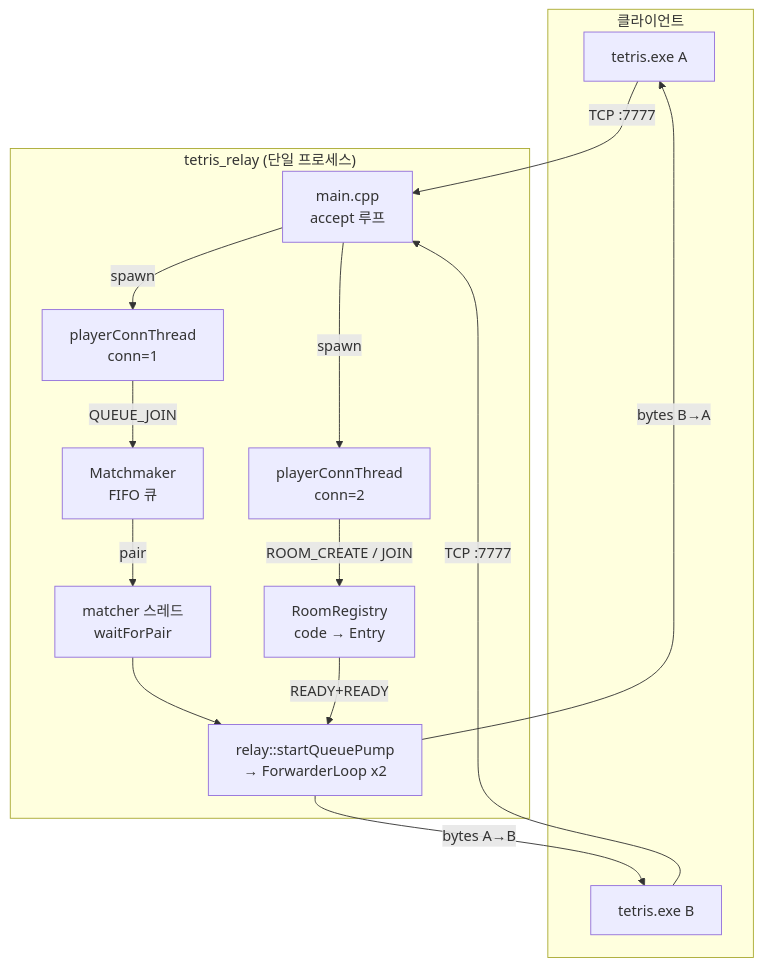
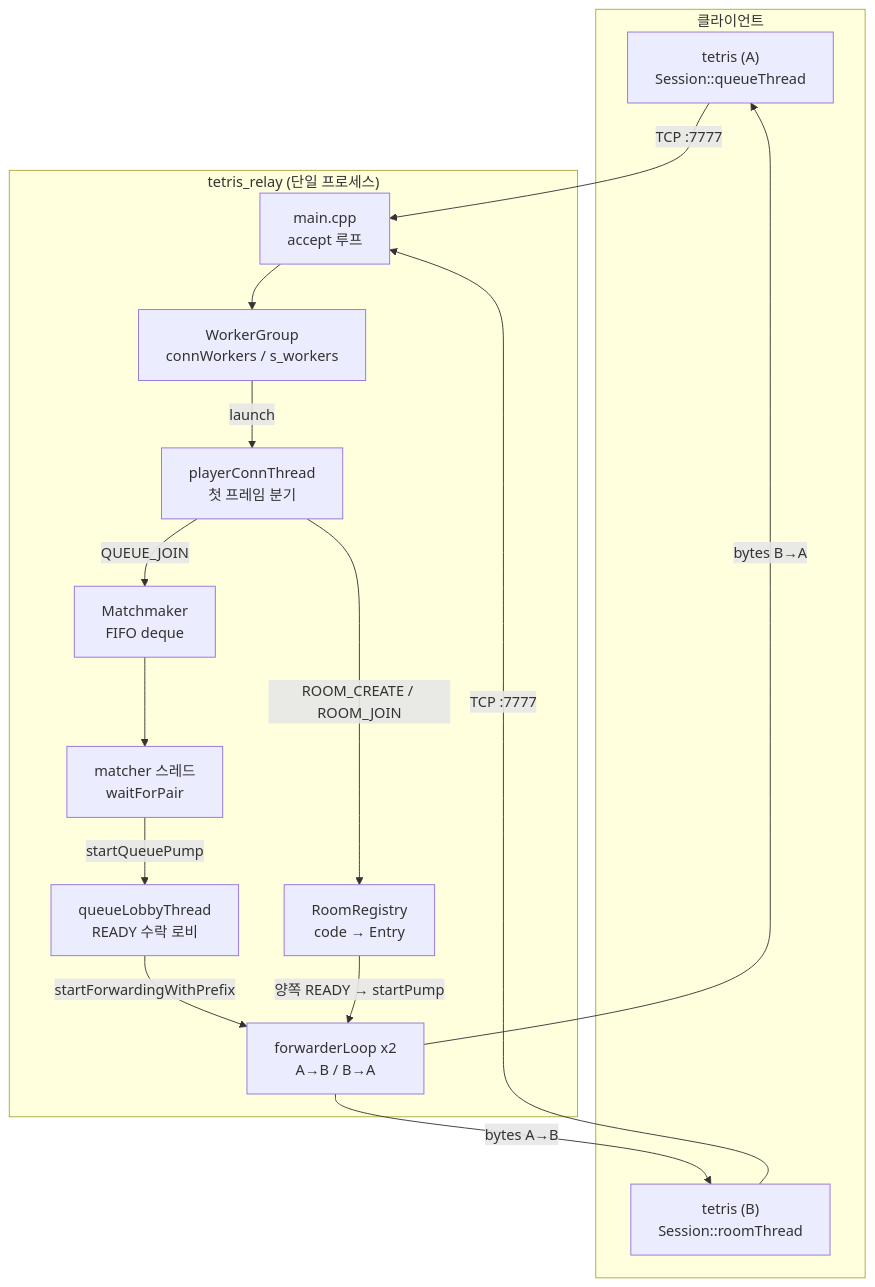
One commit to Rein-ArXiv/Tetris-Multiplayer-RL changed the first of 10 diagrams in docs/blog/part7-relay-server.md. Above: the diagram before and after it, drawn with Mermaid. The commit also changed other lines of this file and 41 other files, not shown here.

````diff
--- a/docs/blog/part7-relay-server.md
+++ b/docs/blog/part7-relay-server.md
@@ -47,29 +51,31 @@
 ```mermaid
 graph TB
     subgraph CLIENTS["클라이언트"]
-        CA[tetris.exe A]
-        CB[tetris.exe B]
+        CA["tetris (A)<br/>Session::queueThread"]
+        CB["tetris (B)<br/>Session::roomThread"]
     end
 
     subgraph RELAY["tetris_relay (단일 프로세스)"]
-        ACC[main.cpp<br/>accept 루프]
-        PC1[playerConnThread<br/>conn=1]
-        PC2[playerConnThread<br/>conn=2]
-        MM[Matchmaker<br/>FIFO 큐]
-        RR[RoomRegistry<br/>code → Entry]
-        MATCHER[matcher 스레드<br/>waitForPair]
-        PUMP[relay::startQueuePump<br/>→ ForwarderLoop x2]
+        ACC["main.cpp<br/>accept 루프"]
+        WG["WorkerGroup<br/>connWorkers / s_workers"]
+        PC["playerConnThread<br/>첫 프레임 분기"]
+        MM["Matchmaker<br/>FIFO deque"]
+        RR["RoomRegistry<br/>code → Entry"]
+        MATCHER["matcher 스레드<br/>waitForPair"]
+        LOBBY["queueLobbyThread<br/>READY 수락 로비"]
+        FWD["forwarderLoop x2<br/>A→B / B→A"]
     end
 
-    CA -- TCP :7777 --> ACC
-    CB -- TCP :7777 --> ACC
-    ACC -- spawn --> PC1
-    ACC -- spawn --> PC2
-    PC1 -- QUEUE_JOIN --> MM
-    PC2 -- ROOM_CREATE / JOIN --> RR
-    MM -- pair --> MATCHER
-    MATCHER --> PUMP
-    RR -- READY+READY --> PUMP
-    PUMP -- bytes A→B --> CB
-    PUMP -- bytes B→A --> CA
+    CA -- "TCP :7777" --> ACC
+    CB -- "TCP :7777" --> ACC
+    ACC --> WG
+    WG -- launch --> PC
+    PC -- QUEUE_JOIN --> MM
+    PC -- "ROOM_CREATE / ROOM_JOIN" --> RR
+    MM --> MATCHER
+    MATCHER -- startQueuePump --> LOBBY
+    LOBBY -- startForwardingWithPrefix --> FWD
+    RR -- "양쪽 READY → startPump" --> FWD
+    FWD -- "bytes A→B" --> CB
+    FWD -- "bytes B→A" --> CA
 ```
````
